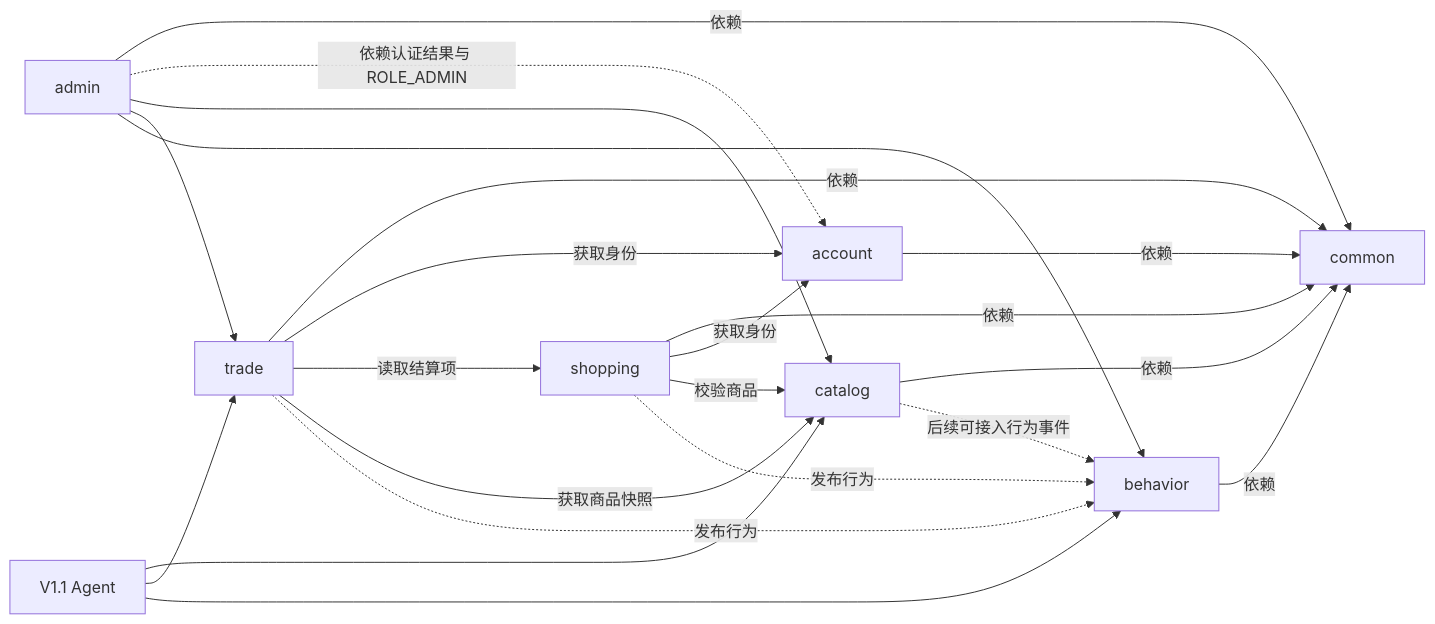
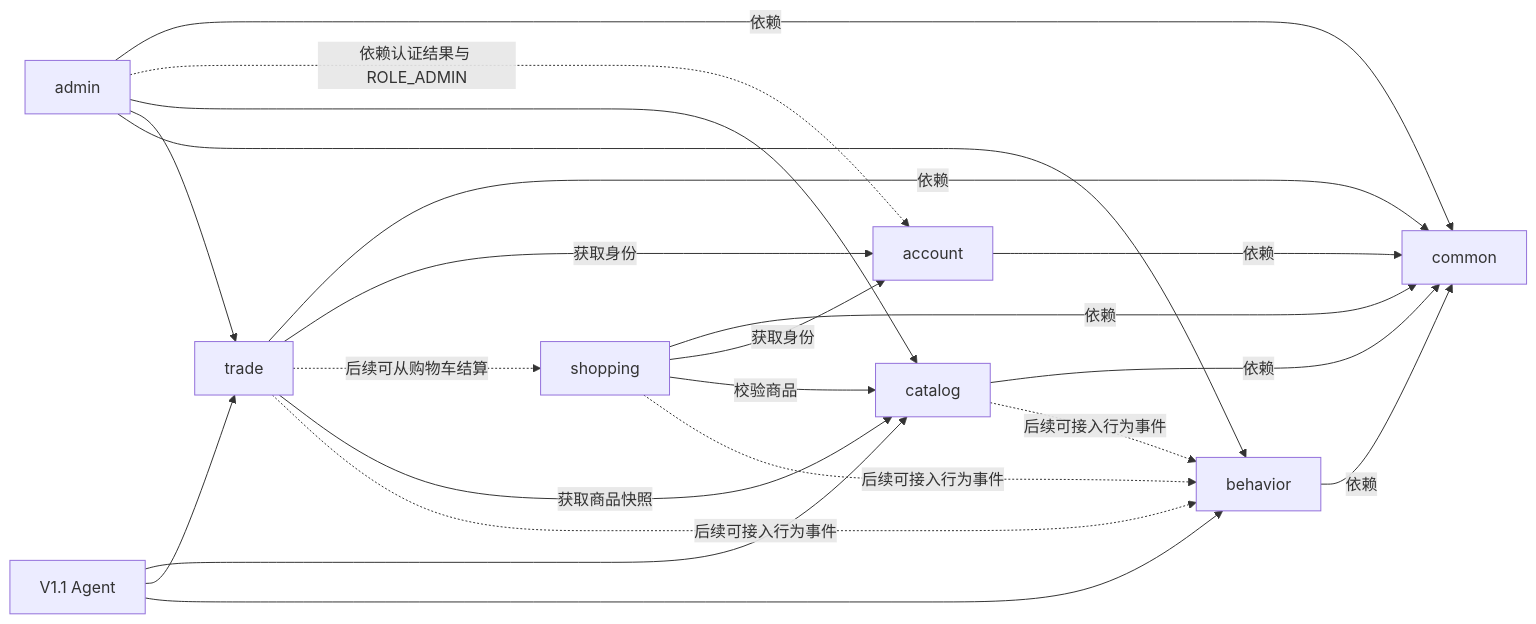
The fifth of 15 diagrams in docs/v1.0-architecture.md (XMU-Linjer/persona-flow-commerce), drawn with Mermaid before and after one commit. The commit also changed other lines of this file and 2 other files, not shown here.

````diff
--- a/docs/v1.0-architecture.md
+++ b/docs/v1.0-architecture.md
@@ -533,38 +535,38 @@
 ```mermaid
 flowchart LR
     Common[common]
     Account[account]
     Catalog[catalog]
     Shopping[shopping]
     Trade[trade]
     Behavior[behavior]
     Admin[admin]
     Agent[V1.1 Agent]
 
     Account -->|依赖| Common
     Catalog -->|依赖| Common
     Shopping -->|依赖| Common
     Trade -->|依赖| Common
     Behavior -->|依赖| Common
     Admin -->|依赖| Common
 
     Shopping -->|获取身份| Account
     Shopping -->|校验商品| Catalog
 
     Trade -->|获取身份| Account
-    Trade -->|读取结算项| Shopping
+    Trade -.后续可从购物车结算.-> Shopping
     Trade -->|获取商品快照| Catalog
 
     Catalog -.后续可接入行为事件.-> Behavior
-    Shopping -.发布行为.-> Behavior
-    Trade -.发布行为.-> Behavior
+    Shopping -.后续可接入行为事件.-> Behavior
+    Trade -.后续可接入行为事件.-> Behavior
 
     Admin -.依赖认证结果与 ROLE_ADMIN.-> Account
     Admin --> Catalog
     Admin --> Trade
     Admin --> Behavior
 
     Agent --> Catalog
     Agent --> Trade
     Agent --> Behavior
 ```
````
